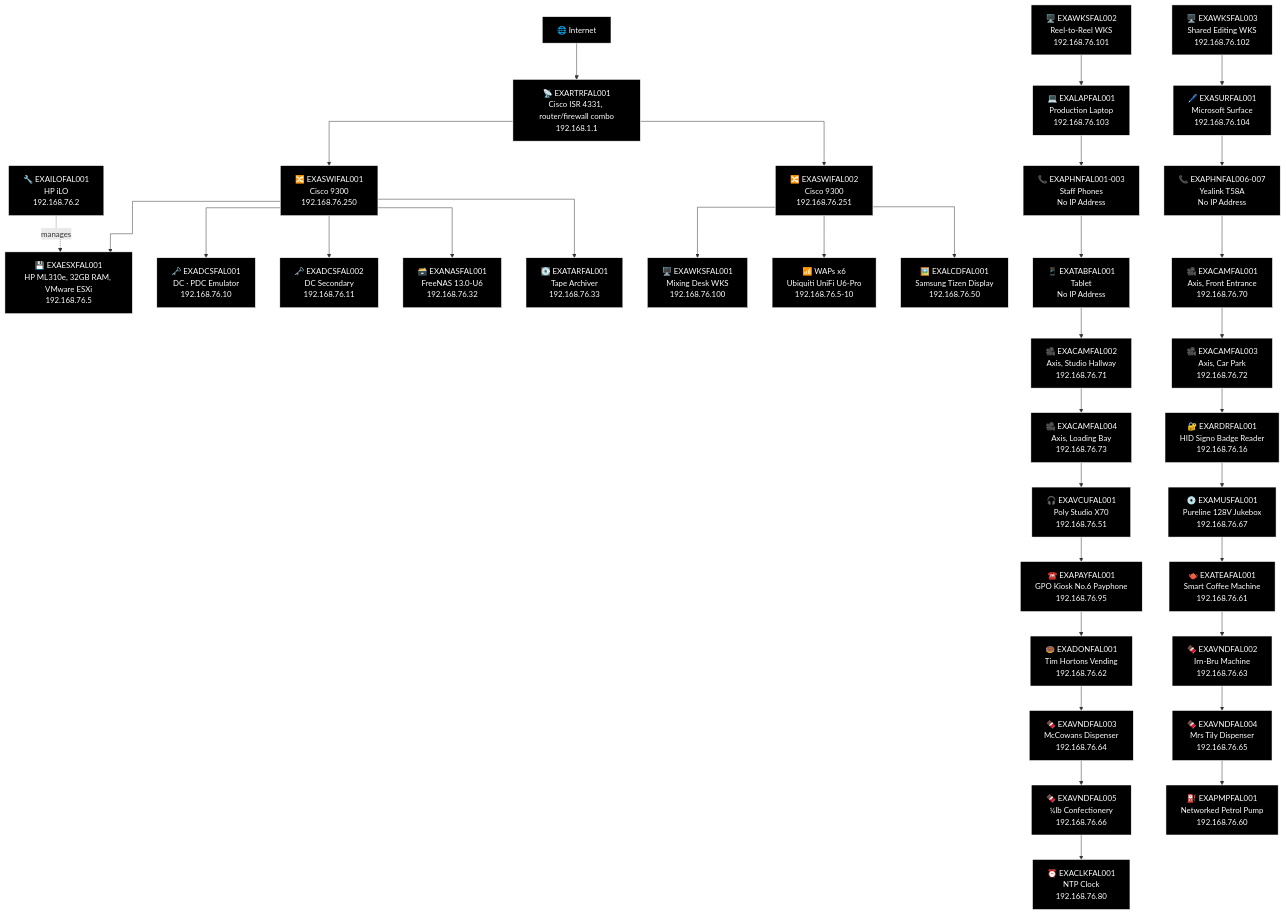
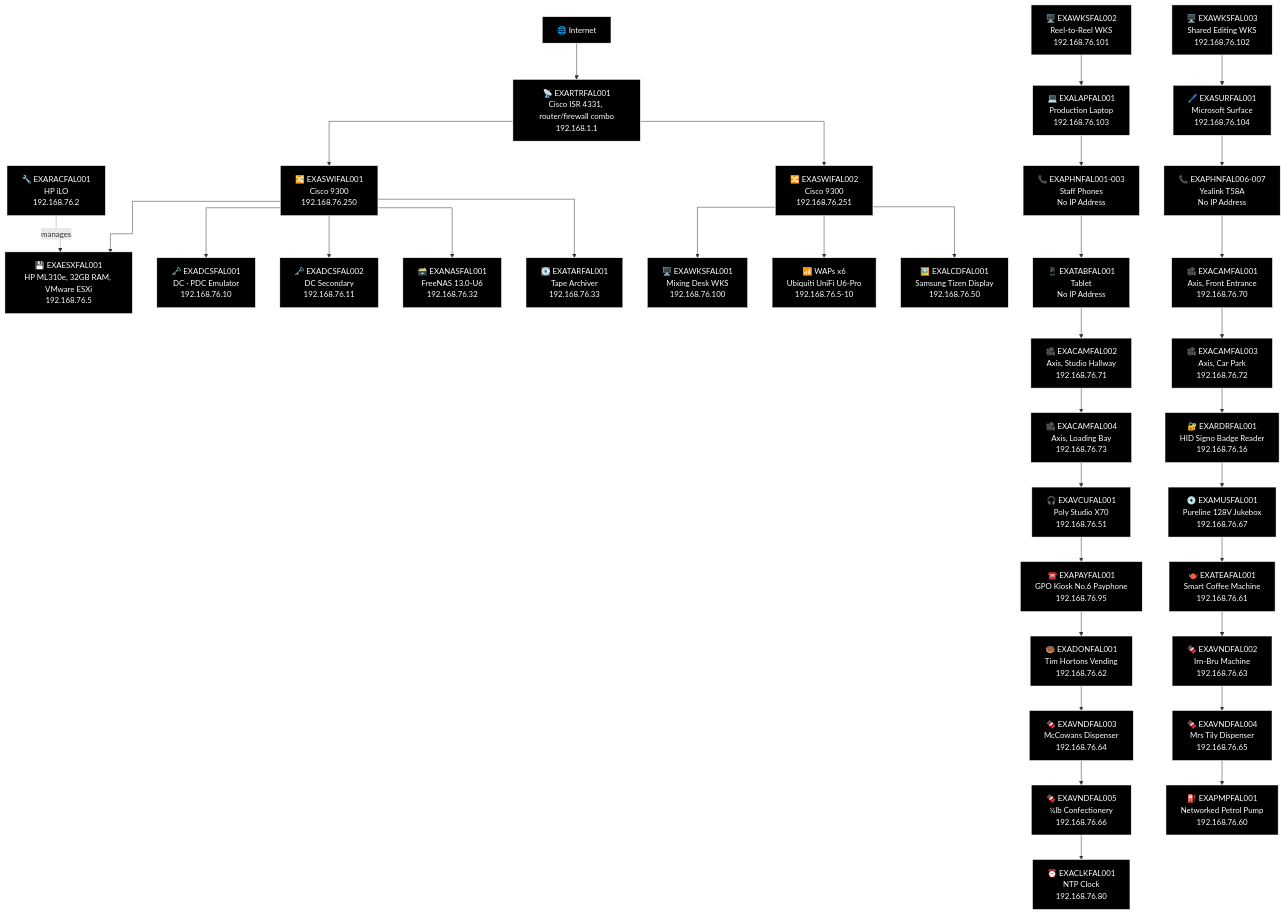
The first of 21 diagrams in docs/network-diagram/scotland.md (knightmare2600/example_music_infra), drawn with Mermaid before and after one commit. The commit also changed other lines of this file and 3 other files, not shown here.

```diff
--- a/docs/network-diagram/scotland.md
+++ b/docs/network-diagram/scotland.md
@@ -49,10 +49,10 @@
     O_RTR --> O_SW1
     O_RTR --> O_SW2
 
-    O_ILO["🔧 EXAILOFAL001<br/>HP iLO<br/>192.168.76.2"]
+    O_RAC["🔧 EXARACFAL001<br/>HP iLO<br/>192.168.76.2"]
     O_ESX["💾 EXAESXFAL001<br/>HP ML310e, 32GB RAM, VMware ESXi<br/>192.168.76.5"]
     O_SW1 --> O_ESX
-    O_ILO -.->|"manages"| O_ESX
+    O_RAC -.->|"manages"| O_ESX
 
     O_DC1["🗝️ EXADCSFAL001<br/>DC · PDC Emulator<br/>192.168.76.10"]
     O_DC2["🗝️ EXADCSFAL002<br/>DC Secondary<br/>192.168.76.11"]
@@ -102,7 +102,7 @@
     style O_RTR fill:#000000,stroke:#FFFFFF,color:#FFFFFF
     style O_SW1 fill:#000000,stroke:#FFFFFF,color:#FFFFFF
     style O_SW2 fill:#000000,stroke:#FFFFFF,color:#FFFFFF
-    style O_ILO fill:#000000,stroke:#FFFFFF,color:#FFFFFF
+    style O_RAC fill:#000000,stroke:#FFFFFF,color:#FFFFFF
     style O_ESX fill:#000000,stroke:#FFFFFF,color:#FFFFFF
     style O_DC1 fill:#000000,stroke:#FFFFFF,color:#FFFFFF
     style O_DC2 fill:#000000,stroke:#FFFFFF,color:#FFFFFF
```
